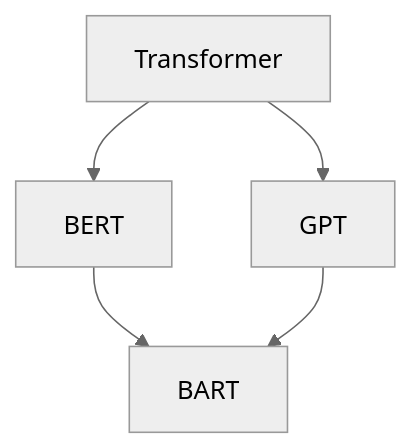
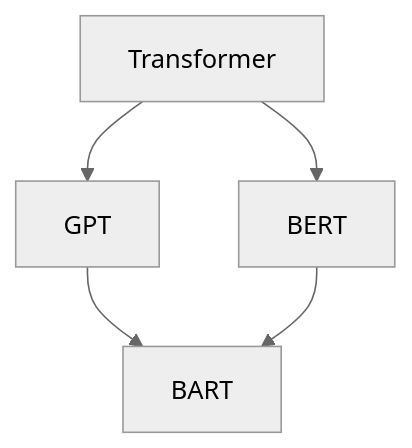
The eighth of 17 diagrams in doc/llm.md (ted-sharp/chatvox), drawn with Mermaid (neutral theme) before and after one commit. The commit also changed other lines of this file, not shown here.

````diff
--- a/doc/llm.md
+++ b/doc/llm.md
@@ -346,6 +361,6 @@
 ```mermaid
 flowchart
 
+Transformer --> GPT --> BART
 Transformer --> BERT --> BART
-Transformer --> GPT --> BART
 ```
````
